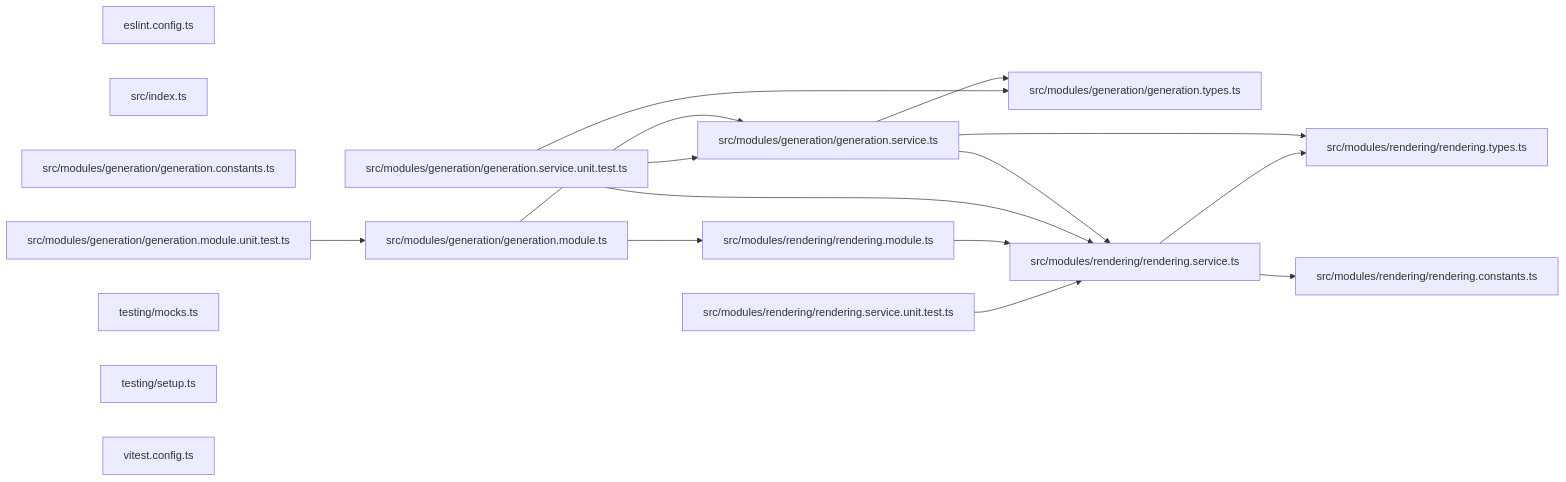
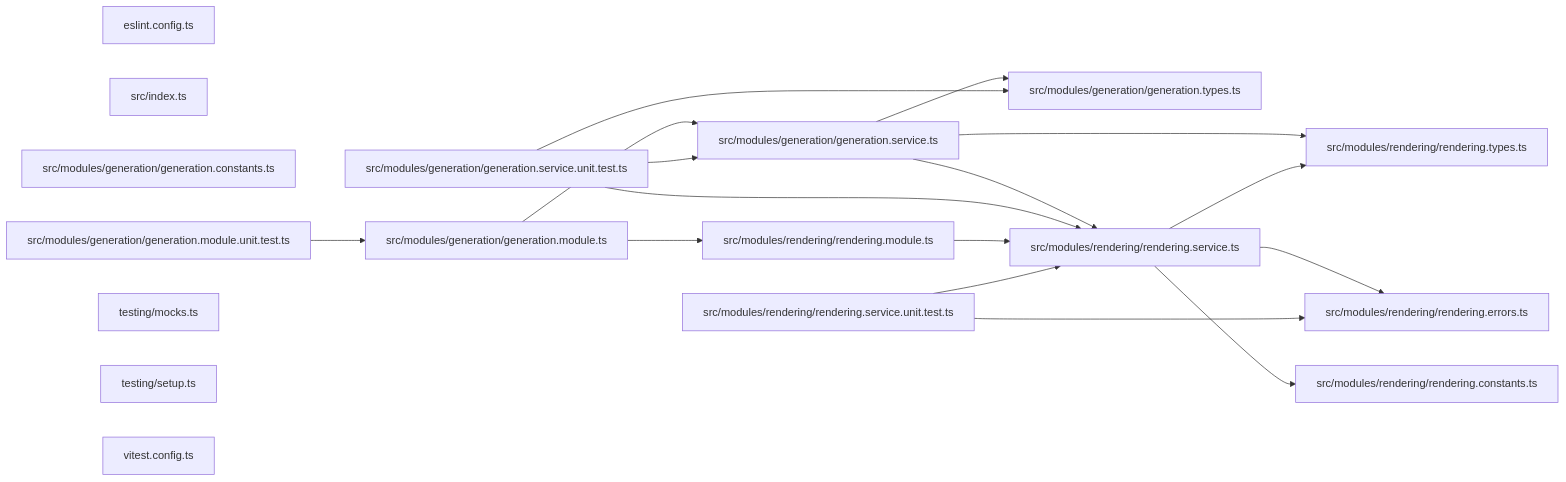
The third of 3 diagrams in packages/conformetry-generation/README.md (JimmyPaolini/codebase), drawn with Mermaid before and after one commit. The commit also changed other lines of this file and 25 other files, not shown here.

````diff
--- a/packages/conformetry-generation/README.md
+++ b/packages/conformetry-generation/README.md
@@ -178,32 +180,35 @@
 ```mermaid
 graph LR
   file_eslint_config_ts["eslint.config.ts"]
   file_src_index_ts["src/index.ts"]
   file_src_modules_generation_generation_constants_ts["src/modules/generation/generation.constants.ts"]
   file_src_modules_generation_generation_module_ts["src/modules/generation/generation.module.ts"]
   file_src_modules_generation_generation_module_unit_test_ts["src/modules/generation/generation.module.unit.test.ts"]
   file_src_modules_generation_generation_service_ts["src/modules/generation/generation.service.ts"]
   file_src_modules_generation_generation_service_unit_test_ts["src/modules/generation/generation.service.unit.test.ts"]
   file_src_modules_generation_generation_types_ts["src/modules/generation/generation.types.ts"]
   file_src_modules_rendering_rendering_constants_ts["src/modules/rendering/rendering.constants.ts"]
+  file_src_modules_rendering_rendering_errors_ts["src/modules/rendering/rendering.errors.ts"]
   file_src_modules_rendering_rendering_module_ts["src/modules/rendering/rendering.module.ts"]
   file_src_modules_rendering_rendering_service_ts["src/modules/rendering/rendering.service.ts"]
   file_src_modules_rendering_rendering_service_unit_test_ts["src/modules/rendering/rendering.service.unit.test.ts"]
   file_src_modules_rendering_rendering_types_ts["src/modules/rendering/rendering.types.ts"]
   file_testing_mocks_ts["testing/mocks.ts"]
   file_testing_setup_ts["testing/setup.ts"]
   file_vitest_config_ts["vitest.config.ts"]
   file_src_modules_generation_generation_module_ts --> file_src_modules_generation_generation_service_ts
   file_src_modules_generation_generation_module_ts --> file_src_modules_rendering_rendering_module_ts
   file_src_modules_generation_generation_module_unit_test_ts --> file_src_modules_generation_generation_module_ts
   file_src_modules_generation_generation_service_ts --> file_src_modules_generation_generation_types_ts
   file_src_modules_generation_generation_service_ts --> file_src_modules_rendering_rendering_service_ts
   file_src_modules_generation_generation_service_ts --> file_src_modules_rendering_rendering_types_ts
   file_src_modules_generation_generation_service_unit_test_ts --> file_src_modules_generation_generation_service_ts
   file_src_modules_generation_generation_service_unit_test_ts --> file_src_modules_generation_generation_types_ts
   file_src_modules_generation_generation_service_unit_test_ts --> file_src_modules_rendering_rendering_service_ts
   file_src_modules_rendering_rendering_module_ts --> file_src_modules_rendering_rendering_service_ts
   file_src_modules_rendering_rendering_service_ts --> file_src_modules_rendering_rendering_constants_ts
+  file_src_modules_rendering_rendering_service_ts --> file_src_modules_rendering_rendering_errors_ts
   file_src_modules_rendering_rendering_service_ts --> file_src_modules_rendering_rendering_types_ts
+  file_src_modules_rendering_rendering_service_unit_test_ts --> file_src_modules_rendering_rendering_errors_ts
   file_src_modules_rendering_rendering_service_unit_test_ts --> file_src_modules_rendering_rendering_service_ts
 ```
````
